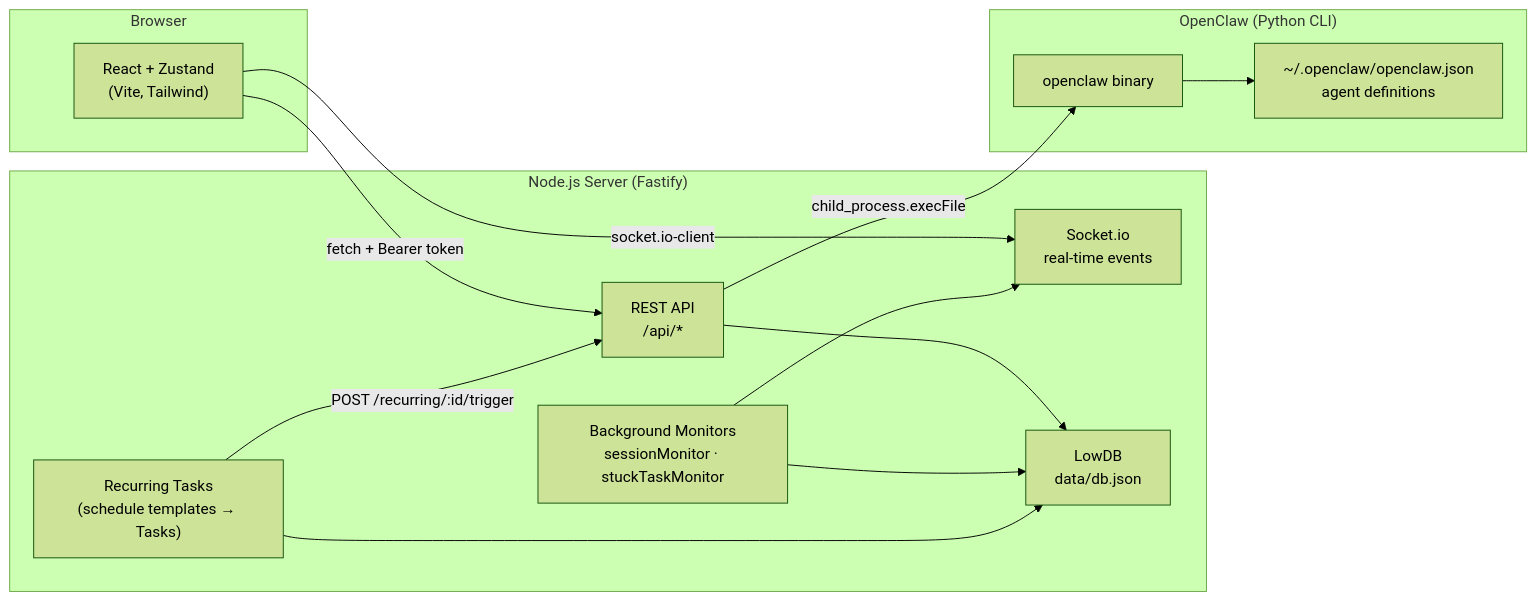
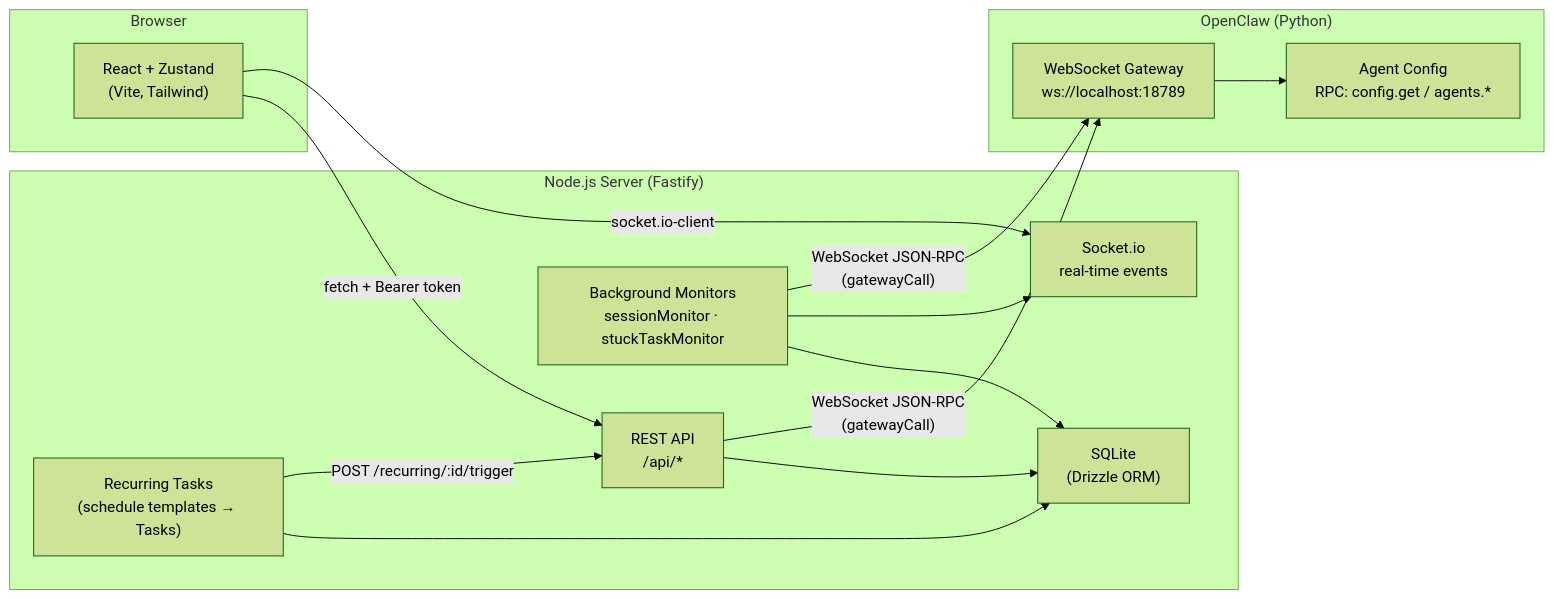
The diagram in README.md (radekstepan/claw-pilot), drawn with Mermaid (forest theme) before and after one commit. The commit also changed other lines of this file and 10 other files, not shown here.

Commit message:
feat: call ws api

````diff
--- a/README.md
+++ b/README.md
@@ -11,29 +11,30 @@
 ```mermaid
 graph LR
     subgraph Browser
         UI["React + Zustand\n(Vite, Tailwind)"]
     end
 
     subgraph "Node.js Server (Fastify)"
         API["REST API\n/api/*"]
         WS["Socket.io\nreal-time events"]
-        DB["LowDB\ndata/db.json"]
+        DB["SQLite\n(Drizzle ORM)"]
         MON["Background Monitors\nsessionMonitor · stuckTaskMonitor"]
         CRON["Recurring Tasks\n(schedule templates → Tasks)"]
     end
 
-    subgraph "OpenClaw (Python CLI)"
-        CLI["openclaw binary"]
-        CFG["~/.openclaw/openclaw.json\nagent definitions"]
+    subgraph "OpenClaw (Python)"
+        GW["WebSocket Gateway\nws://localhost:18789"]
+        CFG["Agent Config\nRPC: config.get / agents.*"]
     end
 
     UI -- "fetch + Bearer token" --> API
     UI -- "socket.io-client" --> WS
     API --> DB
     MON --> DB
     MON --> WS
     CRON --> DB
     CRON -- "POST /recurring/:id/trigger" --> API
-    API -- "child_process.execFile" --> CLI
-    CLI --> CFG
+    API -- "WebSocket JSON-RPC\n(gatewayCall)" --> GW
+    MON -- "WebSocket JSON-RPC\n(gatewayCall)" --> GW
+    GW --> CFG
 ```
````
